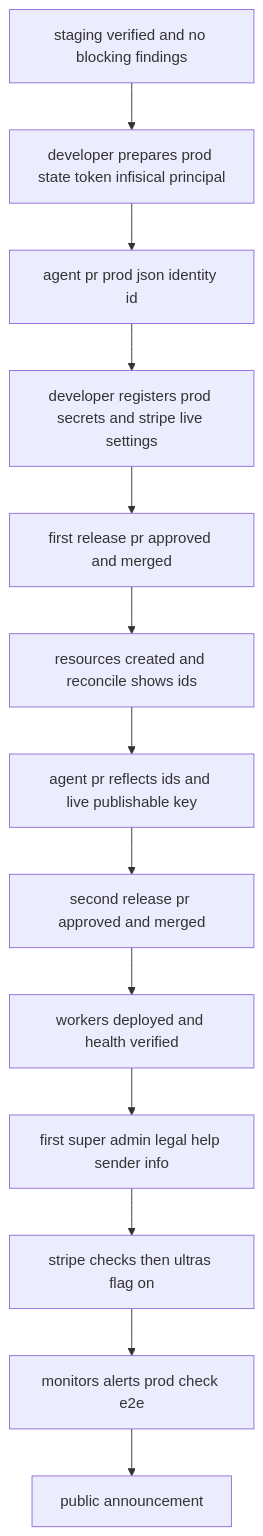
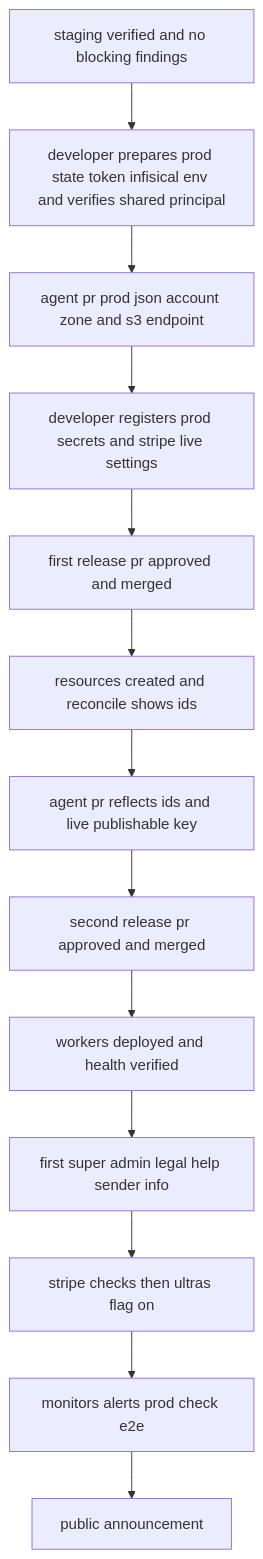
The third of 4 diagrams in .kiro/specs/launch-readiness/design.md (kurachiweb/genai-example-2-launch-platform), drawn with Mermaid before and after one commit. The commit also changed other lines of this file and 3 other files, not shown here.

````diff
--- a/.kiro/specs/launch-readiness/design.md
+++ b/.kiro/specs/launch-readiness/design.md
@@ -294,15 +300,15 @@
 ```mermaid
 graph TB
-    A[staging verified and no blocking findings] --> B[developer prepares prod state token infisical principal]
-    B --> C[agent pr prod json identity id]
+    A[staging verified and no blocking findings] --> B[developer prepares prod state token infisical env and verifies shared principal]
+    B --> C[agent pr prod json account zone and s3 endpoint]
     C --> D[developer registers prod secrets and stripe live settings]
     D --> E[first release pr approved and merged]
     E --> F[resources created and reconcile shows ids]
     F --> G[agent pr reflects ids and live publishable key]
     G --> H[second release pr approved and merged]
     H --> I[workers deployed and health verified]
     I --> J[first super admin legal help sender info]
     J --> K[stripe checks then ultras flag on]
     K --> L[monitors alerts prod check e2e]
     L --> M[public announcement]
 ```
````
